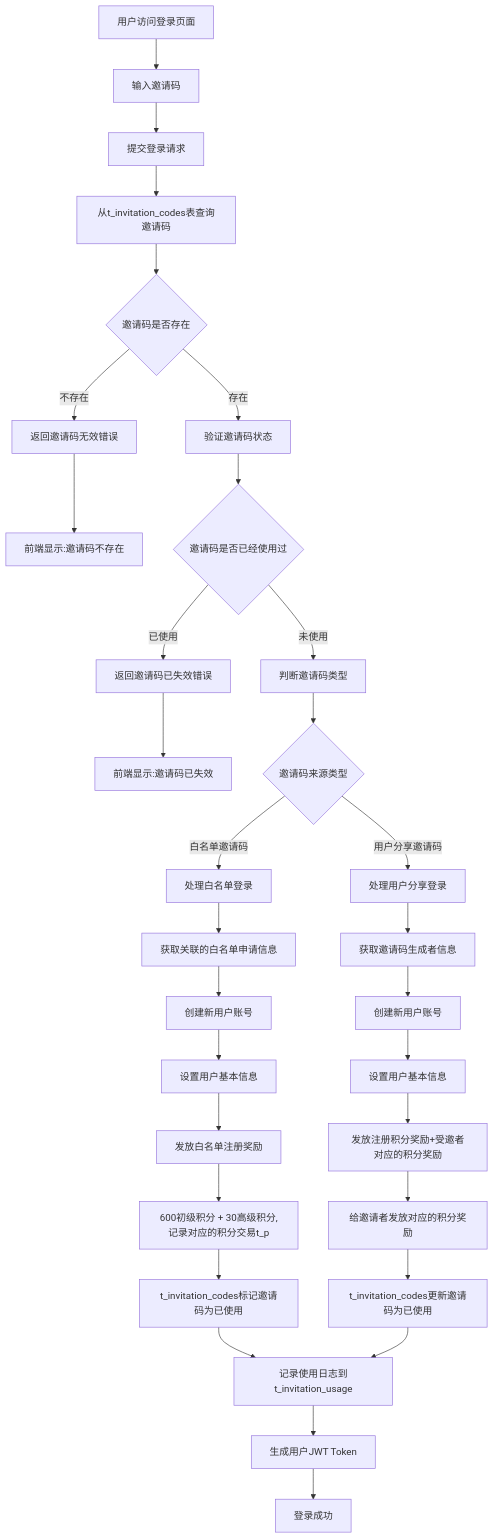
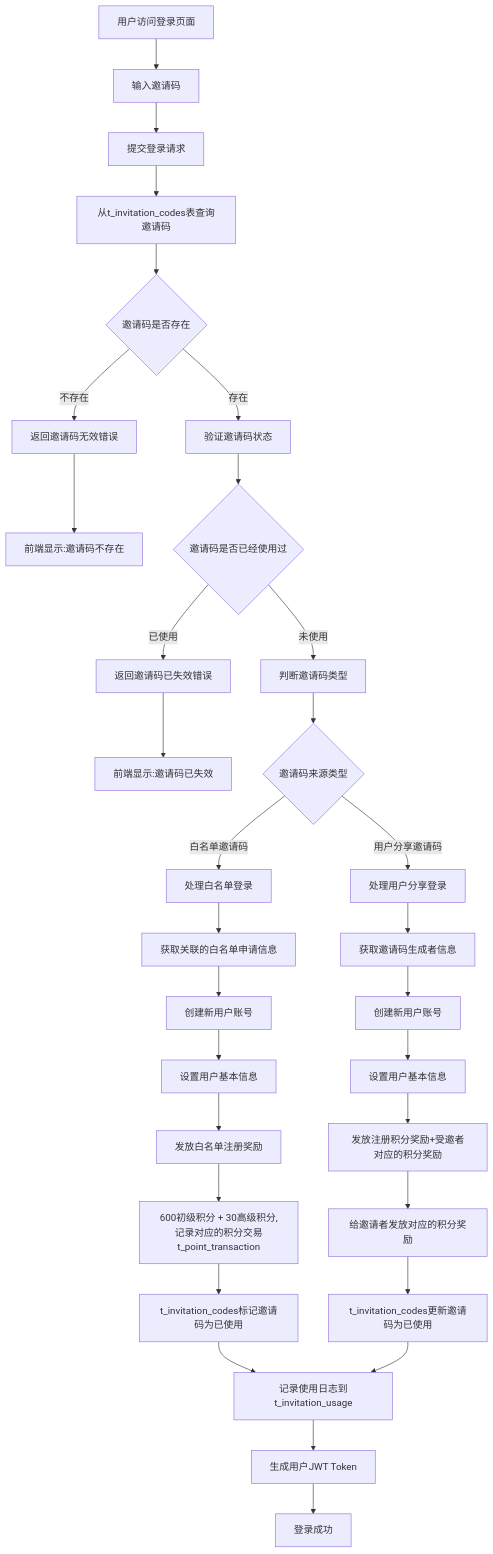
One commit to yingjianzh/iodraw-files changed the diagram in all/未命名-74.md. Above: the diagram before and after it, drawn with Mermaid.

Commit message:
2025-07-07 14:02:28 update

````diff
--- a/all/未命名-74.md
+++ b/all/未命名-74.md
@@ -1,40 +1,40 @@
 ```mermaid
 
 flowchart TD
     A[用户访问登录页面] --> B[输入邀请码]
     B --> E[提交登录请求]
     E --> H[从t_invitation_codes表查询邀请码]
     H --> I{邀请码是否存在}
     I -->|不存在| J[返回邀请码无效错误]
     J --> K[前端显示:邀请码不存在]
     
     I -->|存在| L[验证邀请码状态]
     L --> M{邀请码是否已经使用过}
     M -->|已使用| N[返回邀请码已失效错误]
     N --> O[前端显示:邀请码已失效]
     
     M -->|未使用| X[判断邀请码类型]
     X --> Y{邀请码来源类型}
     
     Y -->|白名单邀请码| Z[处理白名单登录]
     Z --> Z1[获取关联的白名单申请信息]
     Z1 --> Z2[创建新用户账号]
     Z2 --> Z3[设置用户基本信息]
     Z3 --> Z4[发放白名单注册奖励]
-    Z4 --> Z5[600初级积分 + 30高级积分,记录对应的积分交易t_p]
+    Z4 --> Z5[600初级积分 + 30高级积分,记录对应的积分交易t_point_transaction]
     Z5 --> Z6[t_invitation_codes标记邀请码为已使用]
     Z6 --> AA[记录使用日志到t_invitation_usage]
     
     Y -->|用户分享邀请码| BB[处理用户分享登录]
     BB --> BB1[获取邀请码生成者信息]
     BB1 --> BB2[创建新用户账号]
     BB2 --> BB3[设置用户基本信息]
     BB3 --> BB4[发放注册积分奖励+受邀者对应的积分奖励]
     BB4 --> BB5[给邀请者发放对应的积分奖励]
     BB5 --> BB6[t_invitation_codes更新邀请码为已使用]
     BB6 --> AA
     
     AA --> CC[生成用户JWT Token]
     CC --> DD[登录成功]  
 
 ```
````
